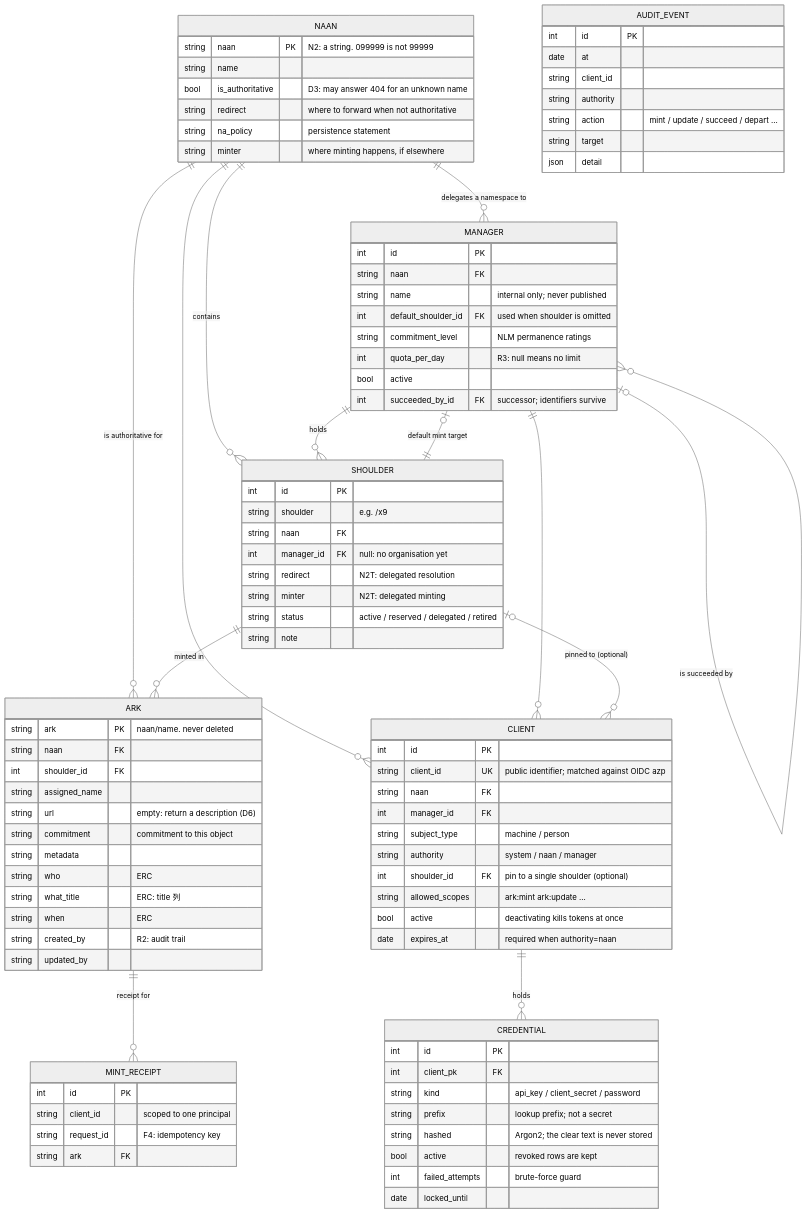
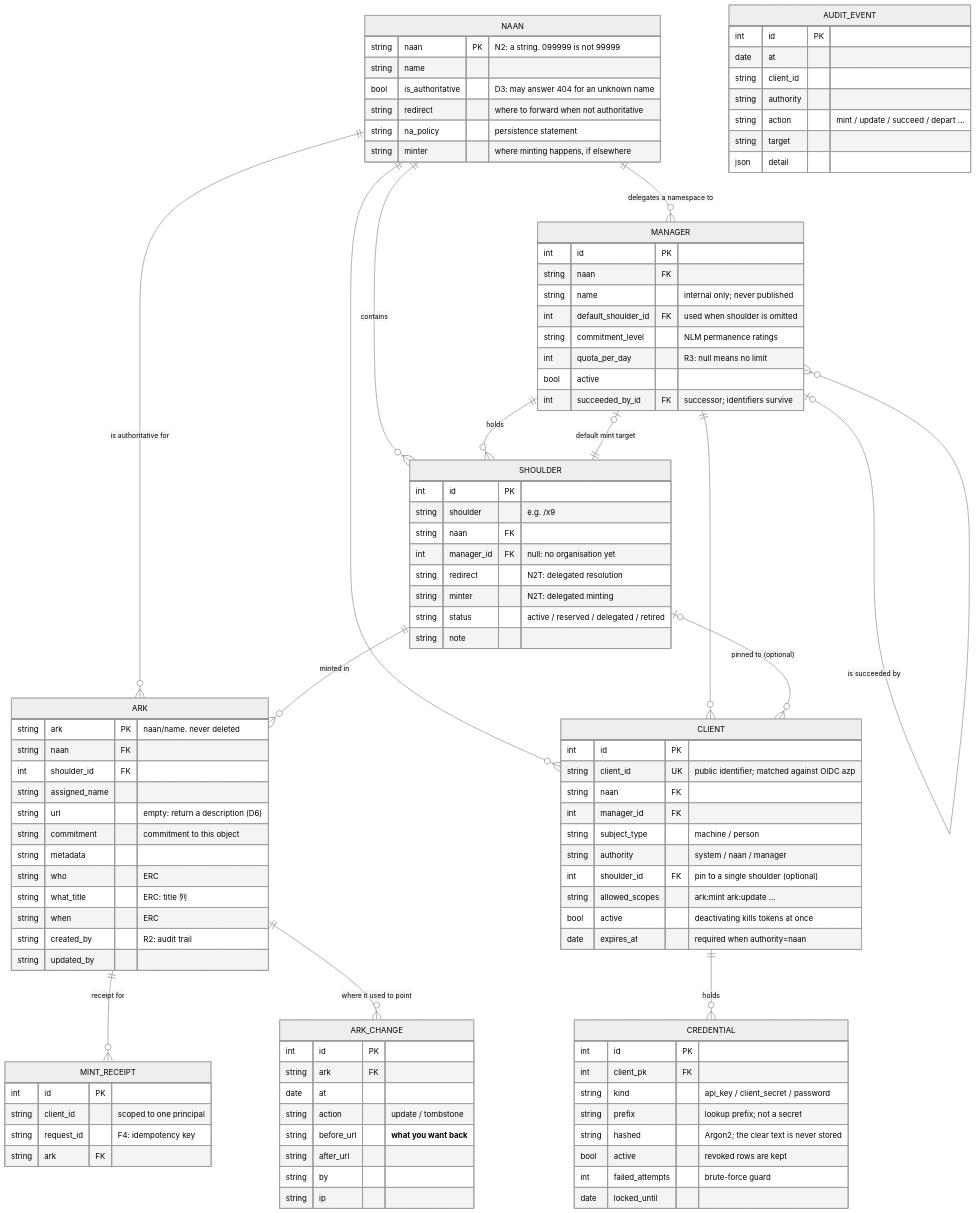
Before and after one commit to RCOSDP/arkhe: the diagram in docs/reference/data-model.md, drawn with Mermaid (neutral theme). The commit also changed other lines of this file and 13 other files, not shown here.

```diff
--- a/docs/reference/data-model.md
+++ b/docs/reference/data-model.md
@@ -21,6 +21,7 @@
 
     CLIENT ||--o{ CREDENTIAL : "holds"
     ARK ||--o{ MINT_RECEIPT : "receipt for"
+    ARK ||--o{ ARK_CHANGE : "where it used to point"
 
     NAAN {
         string naan PK "N2: a string. 099999 is not 99999"
@@ -99,6 +100,17 @@
         string ark FK
     }
 
+    ARK_CHANGE {
+        int    id PK
+        string ark FK
+        date   at
+        string action "update / tombstone"
+        string before_url "**what you want back**"
+        string after_url
+        string by
+        string ip
+    }
+
     AUDIT_EVENT {
         int    id PK
         date   at
```
